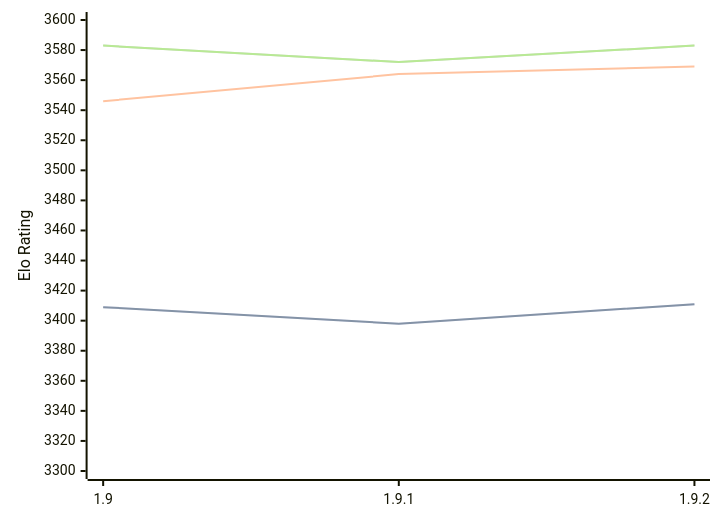
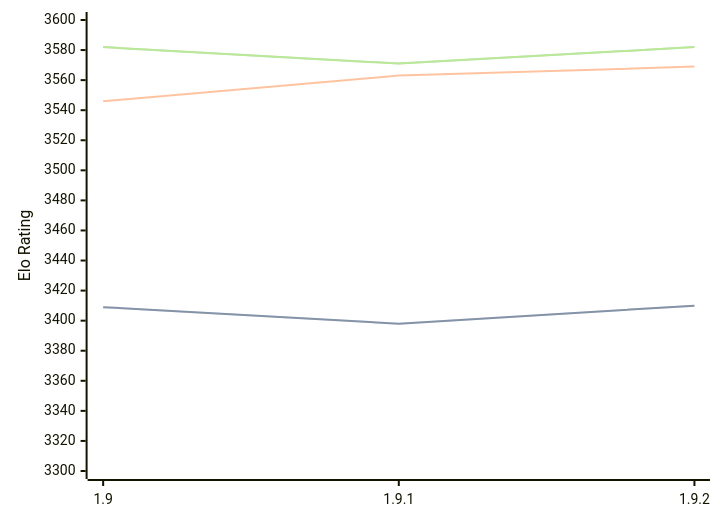
The diagram in engines/Pawnocchio.md (computer-chess-index/cci), drawn with Mermaid before and after one commit. The commit also changed other lines of this file, not shown here.

Commit message:
Update CCI Ratings (ELO VLTC) - 2026-04-17

````diff
--- a/engines/Pawnocchio.md
+++ b/engines/Pawnocchio.md
@@ -48,11 +48,11 @@
 ```mermaid
 %%{init: {"theme":"base","themeVariables":{"seriesColors:['#a3a3a3','#222221','#faa371']}}}%%
 xychart-beta
   x-axis ["1.9", "1.9.1", "1.9.2"]
   y-axis "Elo Rating" 3300 --> 3600
-  line "STC (8.0+0.08s)" [3409, 3398, 3411]
-  line "STC (8.0+0.08s)" [3409, 3398, 3411]
-  line "LTC (60.0+0.60s)" [3546, 3564, 3569]
-  line "VLTC (2m24s+1.12s)" [3583, 3572, 3583]
-  line "VLTC (2m24s+1.12s)" [3583, 3572, 3583]
+  line "STC (8.0+0.08s)" [3409, 3398, 3410]
+  line "STC (8.0+0.08s)" [3409, 3398, 3410]
+  line "LTC (60.0+0.60s)" [3546, 3563, 3569]
+  line "VLTC (2m24s+1.12s)" [3582, 3571, 3582]
+  line "VLTC (2m24s+1.12s)" [3582, 3571, 3582]
 ```
````
